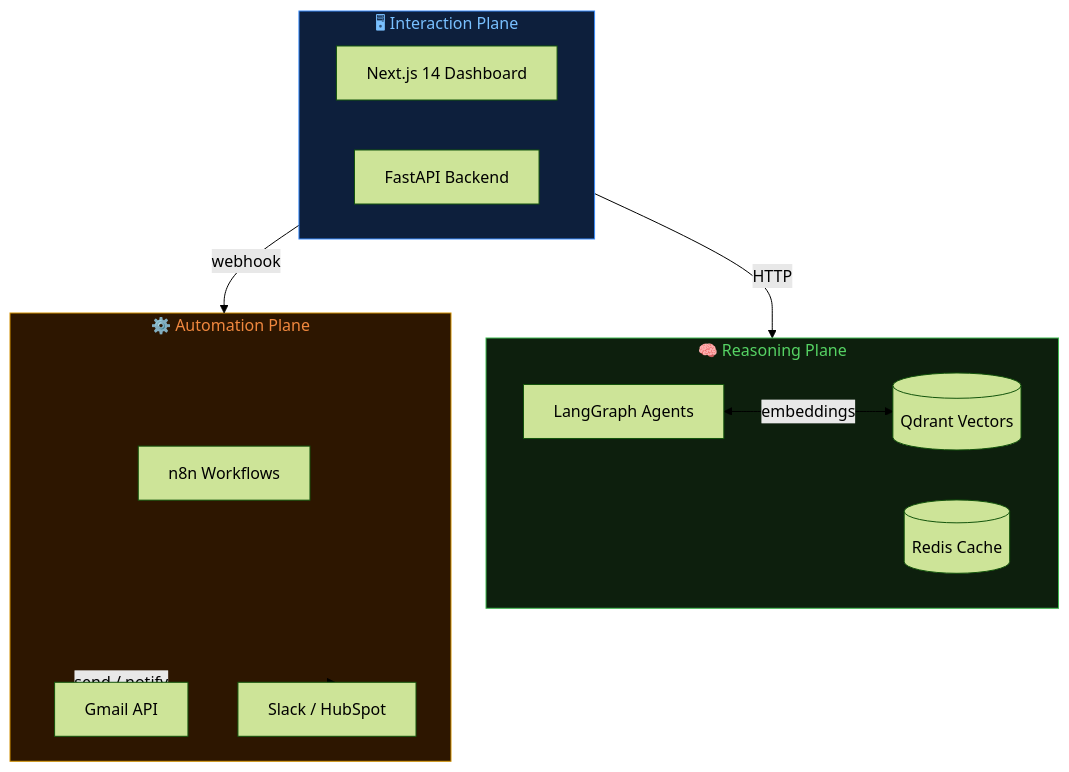
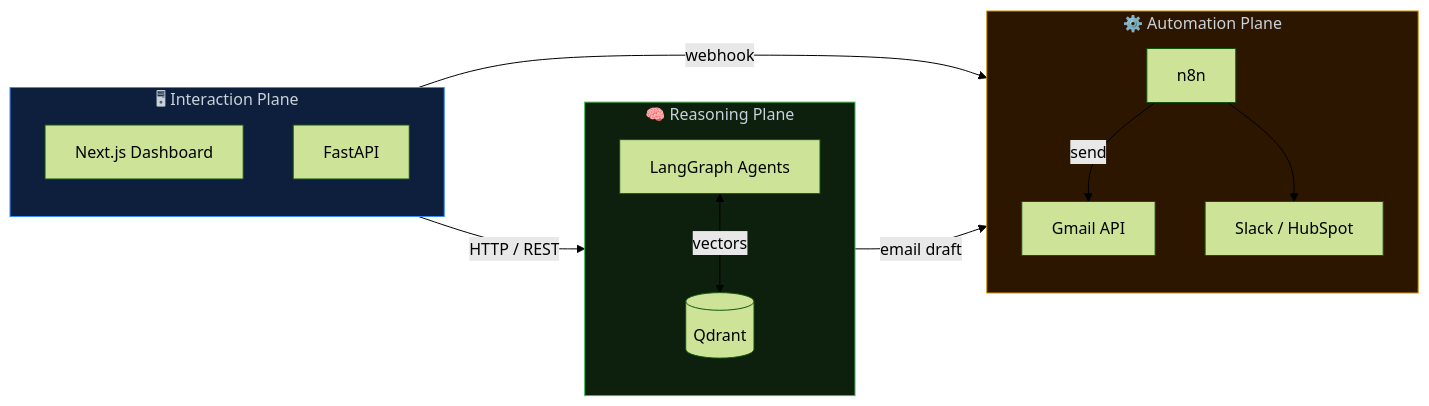
Before and after one commit to BitMastermind/Sales-automation-platform: the second of 2 diagrams in README.md, drawn with Mermaid (forest theme).

Commit message:
docs: fix architecture diagram — cleaner LR subgraph layout

````diff
--- a/README.md
+++ b/README.md
@@ -62,29 +62,32 @@
 ```mermaid
-flowchart TB
-    subgraph Interaction["🖥 Interaction Plane"]
-        UI[Next.js 14 Dashboard]
-        API[FastAPI Backend]
+flowchart LR
+    subgraph I["🖥  Interaction Plane"]
+        direction TB
+        UI[Next.js Dashboard]
+        API[FastAPI]
     end
 
-    subgraph Reasoning["🧠 Reasoning Plane"]
+    subgraph R["🧠  Reasoning Plane"]
+        direction TB
         LG[LangGraph Agents]
-        QD[(Qdrant Vectors)]
-        RD[(Redis Cache)]
+        QD[(Qdrant)]
+        LG <-->|vectors| QD
     end
 
-    subgraph Automation["⚙️ Automation Plane"]
-        N8N[n8n Workflows]
+    subgraph A["⚙️  Automation Plane"]
+        direction TB
+        N8N[n8n]
         GM[Gmail API]
         SL[Slack / HubSpot]
+        N8N -->|send| GM
+        N8N --> SL
     end
 
-    Interaction -->|HTTP| Reasoning
-    Interaction -->|webhook| Automation
-    LG <-->|embeddings| QD
-    Automation -->|send / notify| GM
-    Automation --> SL
+    I -->|HTTP / REST| R
+    I -->|webhook| A
+    R -->|email draft| A
 
-    style Interaction fill:#0d1f3c,stroke:#388bfd,color:#79c0ff
-    style Reasoning fill:#0d1f0d,stroke:#3fb950,color:#56d364
-    style Automation fill:#2d1600,stroke:#d29000,color:#f0883e
+    style I fill:#0d1f3c,stroke:#388bfd,color:#c9d1d9
+    style R fill:#0d1f0d,stroke:#3fb950,color:#c9d1d9
+    style A fill:#2d1600,stroke:#d29000,color:#c9d1d9
 ```
````
